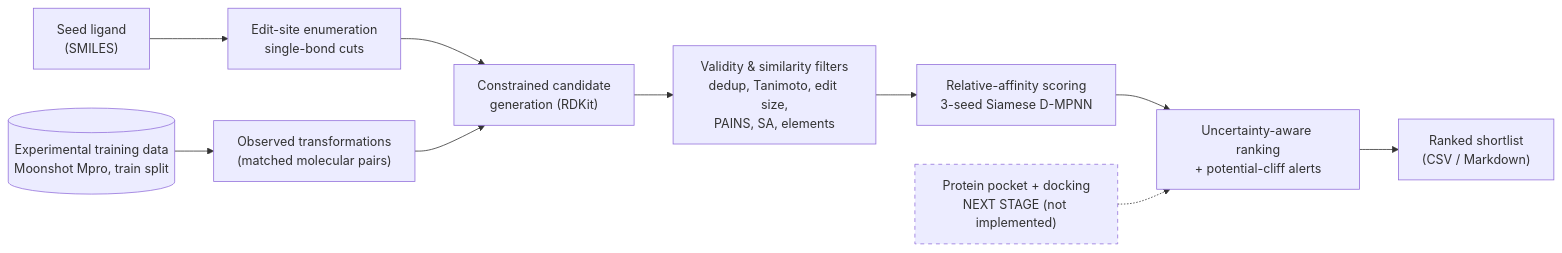
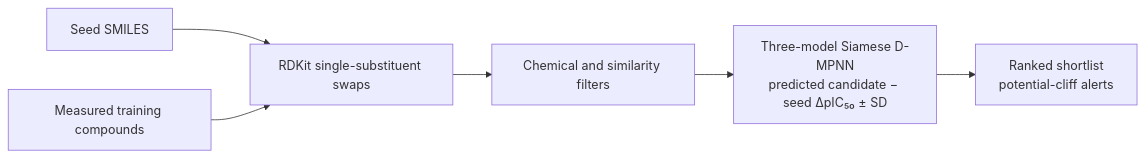
One commit to chidwipak/TELEMEDICON26 changed the diagram in README.md. Above: the diagram before and after it, drawn with Mermaid. The commit also changed other lines of this file and 52 other files, not shown here.

````diff
--- a/README.md
+++ b/README.md
@@ -49,13 +13,8 @@
 ```mermaid
 flowchart LR
-  S["Seed ligand<br/>(SMILES)"] --> E["Edit-site enumeration<br/>single-bond cuts"]
-  D[("Experimental training data<br/>Moonshot Mpro, train split")] --> M["Observed transformations<br/>(matched molecular pairs)"]
-  E --> G["Constrained candidate<br/>generation (RDKit)"]
-  M --> G
-  G --> F["Validity & similarity filters<br/>dedup, Tanimoto, edit size,<br/>PAINS, SA, elements"]
-  F --> R["Relative-affinity scoring<br/>3-seed Siamese D-MPNN"]
-  R --> K["Uncertainty-aware ranking<br/>+ potential-cliff alerts"]
-  K --> O["Ranked shortlist<br/>(CSV / Markdown)"]
-  P["Protein pocket + docking<br/>NEXT STAGE (not implemented)"] -.-> K
-  style P stroke-dasharray: 5 5
+  A["Seed SMILES"] --> C["RDKit single-substituent swaps"]
+  B["Measured training compounds"] --> C
+  C --> D["Chemical and similarity filters"]
+  D --> E["Three-model Siamese D-MPNN<br/>predicted candidate − seed ΔpIC₅₀ ± SD"]
+  E --> F["Ranked shortlist<br/>potential-cliff alerts"]
 ```
````
